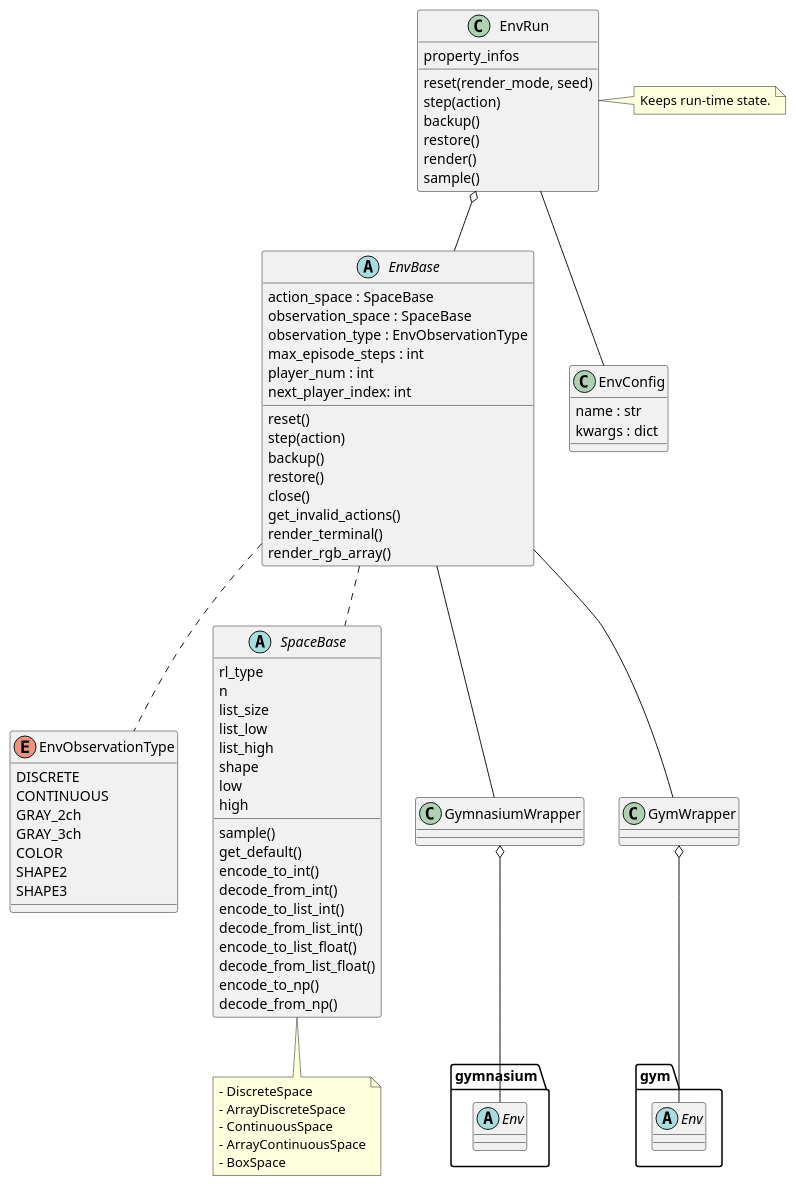
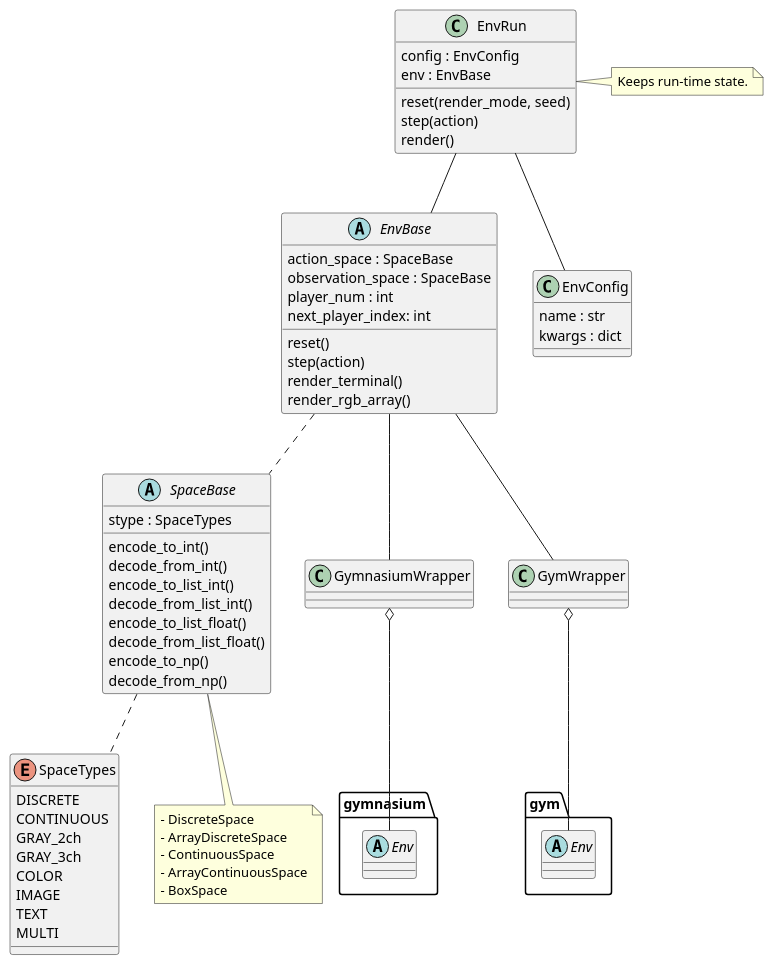
Before and after one commit to pocokhc/simple_distributed_rl: the diagram in diagrams/class_env.pu, drawn with PlantUML. The commit also changed 3 other files, not shown here.

Commit message:
[diagrams] update

```diff
--- a/diagrams/class_env.pu
+++ b/diagrams/class_env.pu
@@ -1,100 +1,80 @@
 @startuml class_env
 
-enum EnvObservationType {
+enum SpaceTypes {
     DISCRETE
     CONTINUOUS
     GRAY_2ch
     GRAY_3ch
     COLOR
-    SHAPE2
-    SHAPE3
+    IMAGE
+    TEXT
+    MULTI
 }
 
-
 abstract SpaceBase {
-    sample()
-    get_default()
-    rl_type
-    n
+    stype : SpaceTypes
     encode_to_int()
     decode_from_int()
     encode_to_list_int()
     decode_from_list_int()
-    list_size
-    list_low
-    list_high
     encode_to_list_float()
     decode_from_list_float()
-    shape
-    low
-    high
     encode_to_np()
     decode_from_np()
 }
-
-
 note as SpaceMemo
 - DiscreteSpace
 - ArrayDiscreteSpace
 - ContinuousSpace
 - ArrayContinuousSpace
 - BoxSpace
 end note
-
 SpaceBase <|-- SpaceMemo
 
+SpaceBase .. SpaceTypes
 
 abstract EnvBase {
     action_space : SpaceBase
     observation_space : SpaceBase
-    observation_type : EnvObservationType
-    max_episode_steps : int
     player_num : int
+    next_player_index: int
     reset()
     step(action)
-    next_player_index: int
-    backup()
-    restore()
-    close()
-    get_invalid_actions()
     render_terminal()
     render_rgb_array()
 } 
 
-EnvBase .. EnvObservationType
 EnvBase .. SpaceBase
 
 abstract gymnasium.Env {}
 abstract gym.Env {}
 class GymnasiumWrapper {}
 class GymWrapper {}
 
 GymnasiumWrapper o-- gymnasium.Env
 GymWrapper o-- gym.Env
 EnvBase -- GymnasiumWrapper
 EnvBase -- GymWrapper
 
 
 class EnvRun {
+    config : EnvConfig
+    env : EnvBase
     reset(render_mode, seed)
     step(action)
-    backup()
-    restore()
     render()
-    sample()
-    property_infos
 }
-EnvRun o-- EnvBase
+EnvRun -- EnvBase
 
 note "Keeps run-time state." as EnvRunMemo
 EnvRun . EnvRunMemo
 
 
 class EnvConfig {
     name : str
     kwargs : dict
 }
 EnvRun -- EnvConfig
 
 
 @enduml
```
